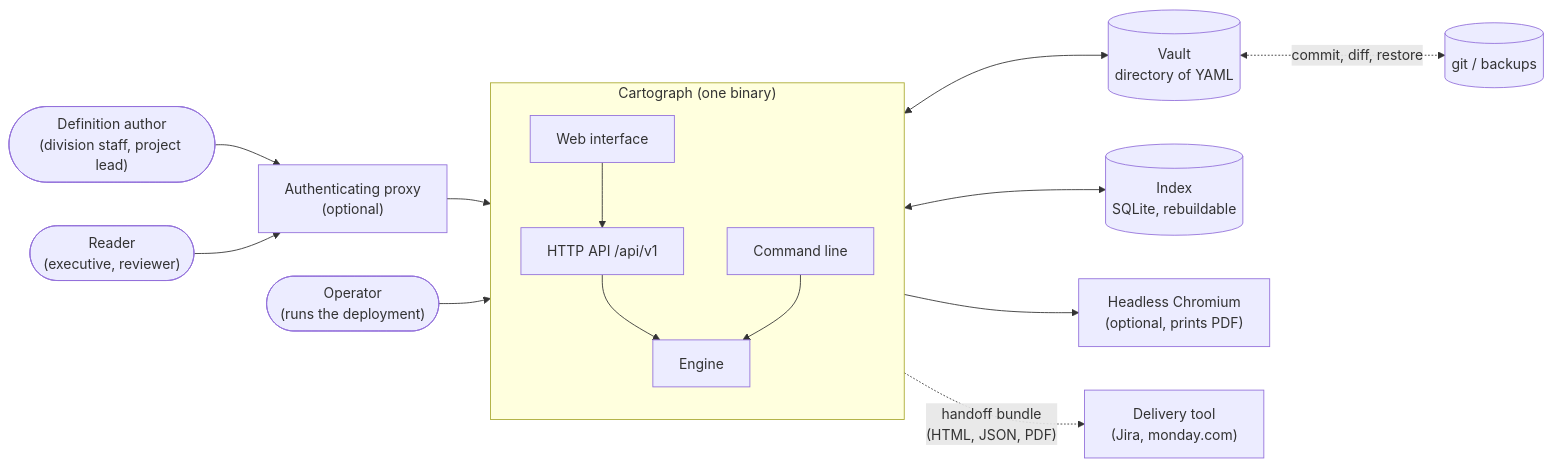
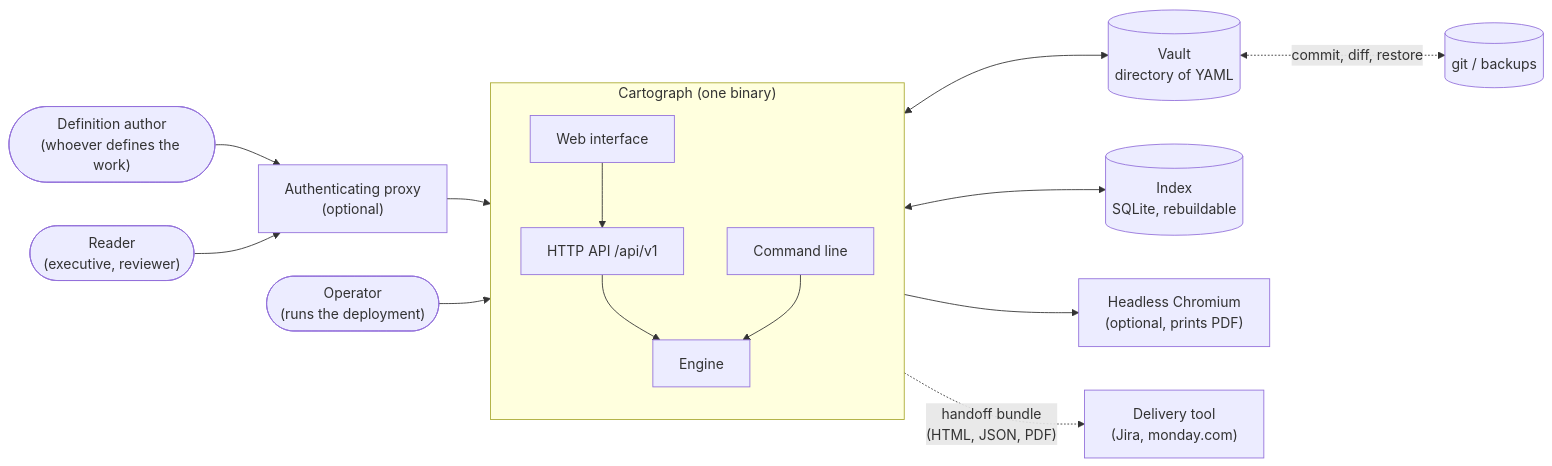
One commit to ProjectCartograph/cartograph-engine changed the first of 9 diagrams in docs/ARCHITECTURE.md. Above: the diagram before and after it, drawn with Mermaid. The commit also changed other lines of this file and 1 other file, not shown here.

First line of the commit message:
docs: match ARCHITECTURE.md and UI_CONTRACT.md to the code

````diff
--- a/docs/ARCHITECTURE.md
+++ b/docs/ARCHITECTURE.md
@@ -41,32 +40,32 @@
 ```mermaid
 flowchart LR
-    author(["Definition author<br/>(division staff, project lead)"])
+    author(["Definition author<br/>(whoever defines the work)"])
     reader(["Reader<br/>(executive, reviewer)"])
     operator(["Operator<br/>(runs the deployment)"])
 
     subgraph cartograph["Cartograph (one binary)"]
         direction TB
         spa["Web interface"]
         api["HTTP API /api/v1"]
         cli["Command line"]
         engine["Engine"]
         spa --> api --> engine
         cli --> engine
     end
 
     vault[("Vault<br/>directory of YAML")]
     index[("Index<br/>SQLite, rebuildable")]
     browser["Headless Chromium<br/>(optional, prints PDF)"]
     proxy["Authenticating proxy<br/>(optional)"]
     delivery["Delivery tool<br/>(Jira, monday.com)"]
     git[("git / backups")]
 
     author --> proxy --> spa
     reader --> proxy
     operator --> cli
     engine <--> vault
     engine <--> index
     engine --> browser
     engine -. "handoff bundle<br/>(HTML, JSON, PDF)" .-> delivery
     vault <-. "commit, diff, restore" .-> git
 ```
````
